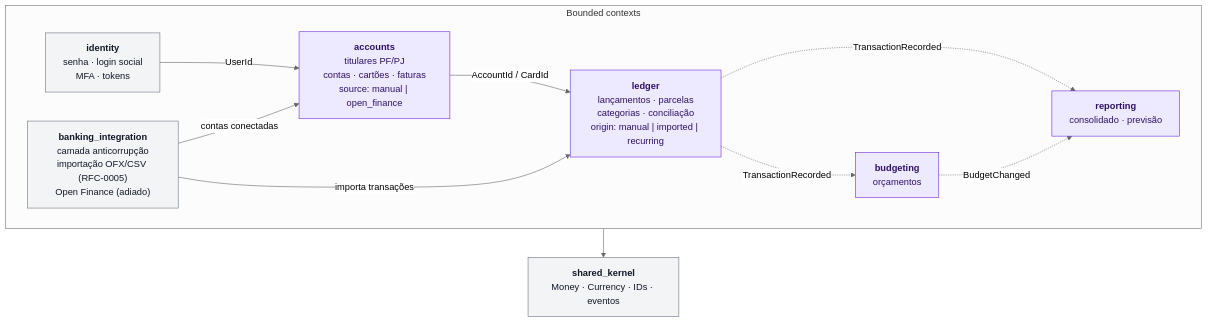
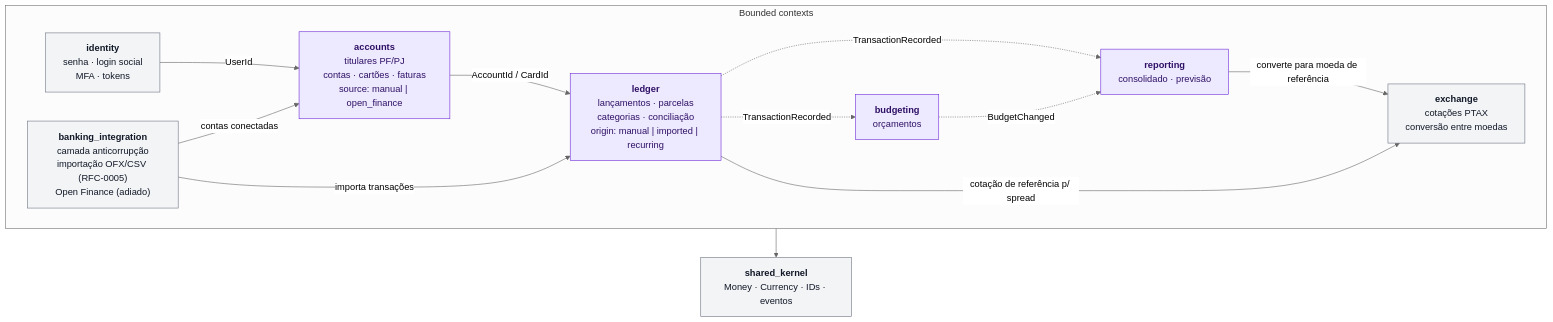
One commit to wyhitomi/my-finance-app changed the third of 6 diagrams in docs/architecture/diagrams.md. Above: the diagram before and after it, drawn with Mermaid (neutral theme). The commit also changed other lines of this file and 6 other files, not shown here.

````diff
--- a/docs/architecture/diagrams.md
+++ b/docs/architecture/diagrams.md
@@ -80,28 +82,31 @@
 ```mermaid
 flowchart TB
     subgraph ctx["Bounded contexts"]
         identity["<b>identity</b><br/>senha · login social<br/>MFA · tokens"]
         accounts["<b>accounts</b><br/>titulares PF/PJ<br/>contas · cartões · faturas<br/>source: manual | open_finance"]
         ledger["<b>ledger</b><br/>lançamentos · parcelas<br/>categorias · conciliação<br/>origin: manual | imported | recurring"]
         budgeting["<b>budgeting</b><br/>orçamentos"]
         reporting["<b>reporting</b><br/>consolidado · previsão"]
         banking["<b>banking_integration</b><br/>camada anticorrupção<br/>importação OFX/CSV (RFC-0005)<br/>Open Finance (adiado)"]
+        exchange["<b>exchange</b><br/>cotações PTAX<br/>conversão entre moedas"]
     end
 
     kernel["<b>shared_kernel</b><br/>Money · Currency · IDs · eventos"]
 
     identity -->|UserId| accounts
     accounts -->|"AccountId / CardId"| ledger
     banking -->|contas conectadas| accounts
     banking -->|"importa transações"| ledger
     ledger -.->|"TransactionRecorded"| budgeting
     ledger -.->|"TransactionRecorded"| reporting
     budgeting -.->|"BudgetChanged"| reporting
+    reporting -->|converte para moeda de referência| exchange
+    ledger -->|cotação de referência p/ spread| exchange
 
     ctx --> kernel
 
     classDef core fill:#ede9fe,stroke:#6d28d9,color:#2e1065
     classDef support fill:#f3f4f6,stroke:#6b7280,color:#111827
     class accounts,ledger,budgeting,reporting core
-    class identity,banking,kernel support
+    class identity,banking,exchange,kernel support
 ```
````
